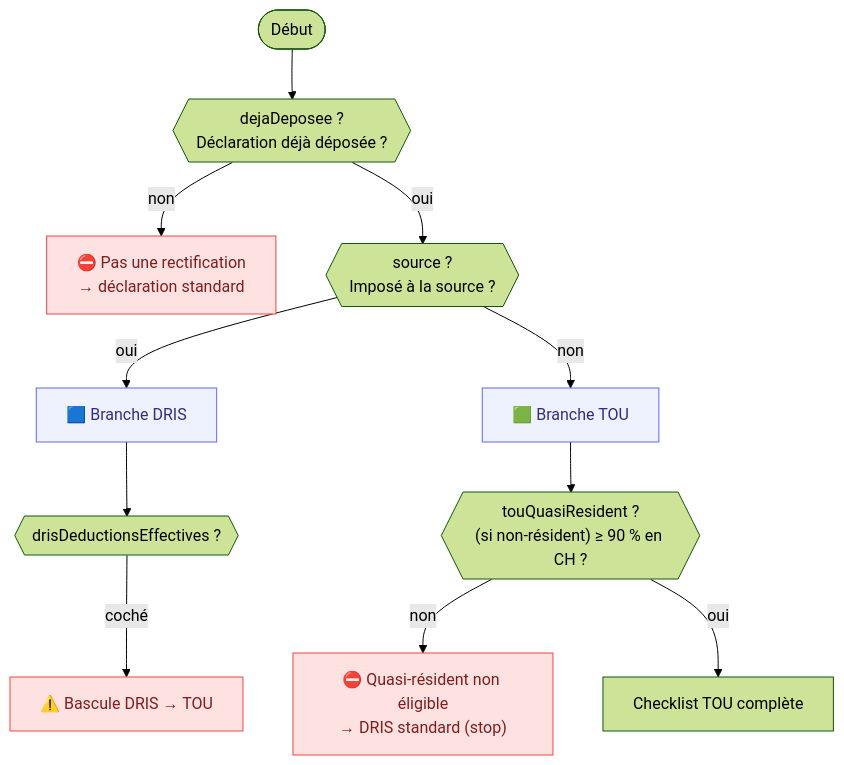
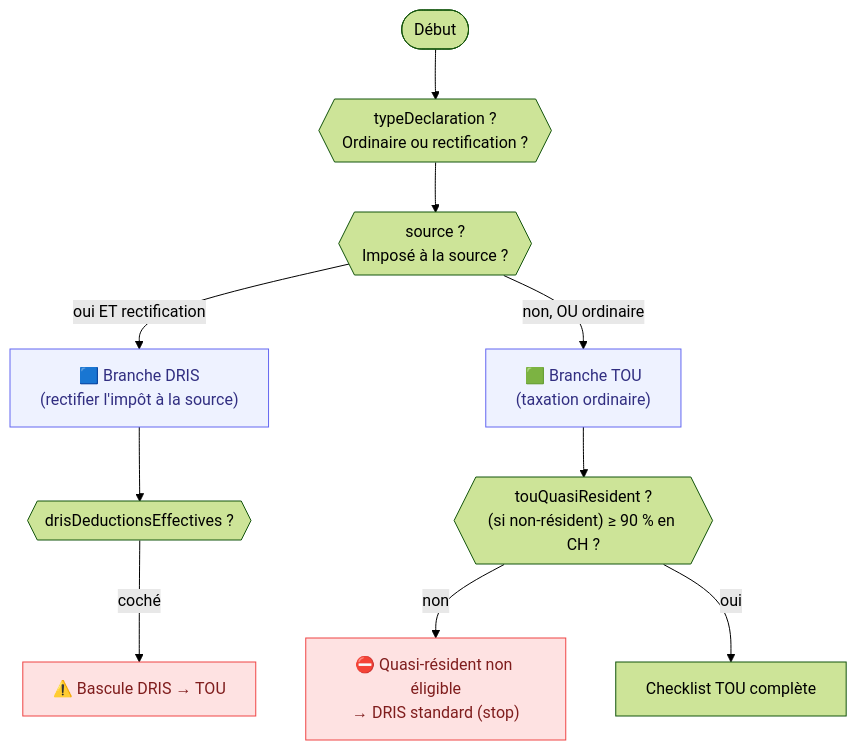
One commit to Adriendacunha/B-B-Associes changed the diagram in docs/arbre-decision-rectificative.mmd. Above: the diagram before and after it, drawn with Mermaid (forest theme). The commit also changed 8 other files, not shown here.

First line of the commit message:
Rectificative : lever l'ambiguïté « déjà déposée » et inclure la déclaration ordinaire

```diff
--- a/docs/arbre-decision-rectificative.mmd
+++ b/docs/arbre-decision-rectificative.mmd
@@ -1,17 +1,16 @@
 flowchart TD
-  START([Début]) --> DEJA{{"dejaDeposee ?<br/>Déclaration déjà déposée ?"}}
-  DEJA -- non --> STOP["⛔ Pas une rectification<br/>→ déclaration standard"]:::stop
-  DEJA -- oui --> SRC{{"source ?<br/>Imposé à la source ?"}}
+  START([Début]) --> TYPE{{"typeDeclaration ?<br/>Ordinaire ou rectification ?"}}
+  TYPE --> SRC{{"source ?<br/>Imposé à la source ?"}}
 
-  SRC -- oui --> DRIS["🟦 Branche DRIS"]:::branch
-  SRC -- non --> TOU["🟩 Branche TOU"]:::branch
+  SRC -- "oui ET rectification" --> DRIS["🟦 Branche DRIS<br/>(rectifier l'impôt à la source)"]:::branch
+  SRC -- "non, OU ordinaire" --> TOU["🟩 Branche TOU<br/>(taxation ordinaire)"]:::branch
 
   TOU --> QR{{"touQuasiResident ?<br/>(si non-résident) ≥ 90 % en CH ?"}}
   QR -- non --> NELIG["⛔ Quasi-résident non éligible<br/>→ DRIS standard (stop)"]:::stop
   QR -- oui --> TOUOK["Checklist TOU complète"]
 
   DRIS --> DEDUC{{"drisDeductionsEffectives ?"}}
   DEDUC -- coché --> BASCULE["⚠️ Bascule DRIS → TOU"]:::stop
 
   classDef stop fill:#fee2e2,stroke:#ef4444,color:#7f1d1d;
   classDef branch fill:#eef2ff,stroke:#6366f1,color:#312e81;
```
